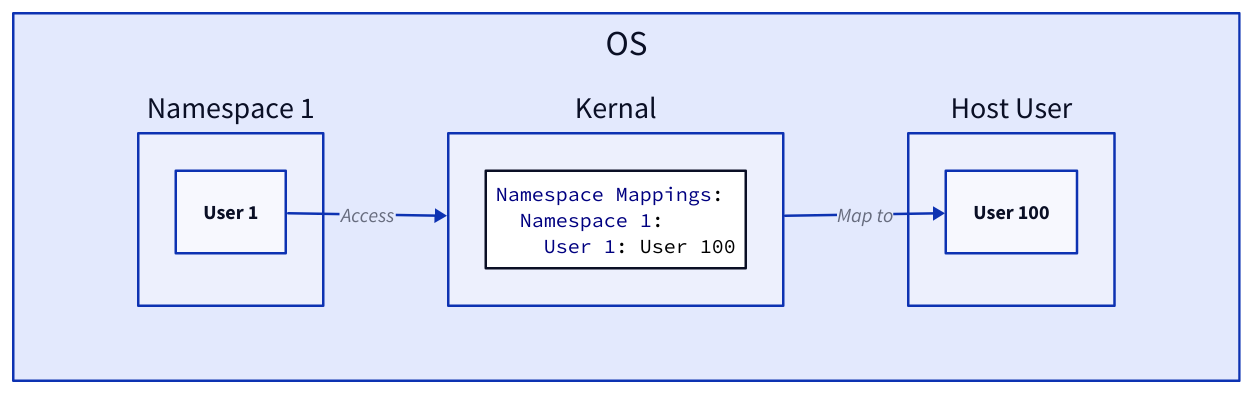
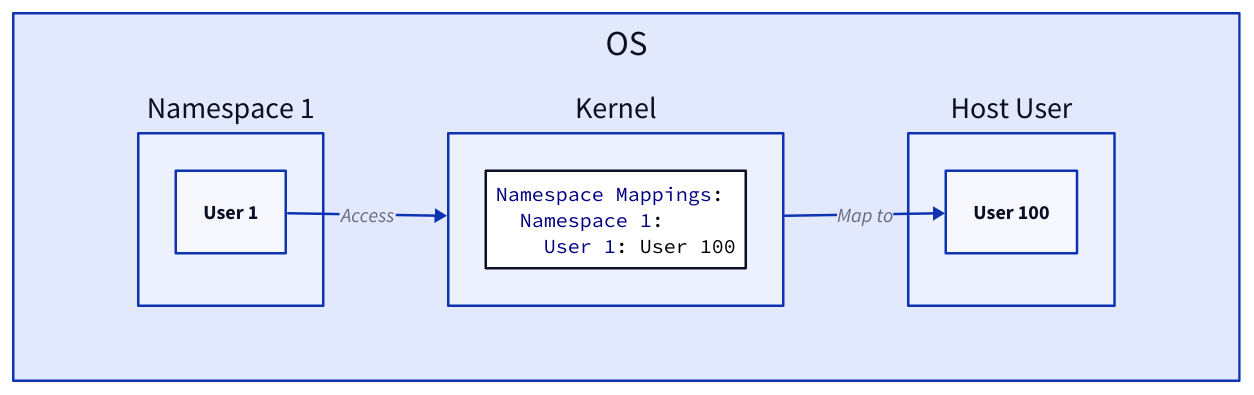
One commit to link1905/system-design-101 changed the sixth of 26 diagrams in content/docs/system-administration/system-deployment/containerization.md. Above: the diagram before and after it, drawn with D2. The commit also changed other lines of this file and 49 other files, not shown here.

````diff
--- a/content/docs/system-administration/system-deployment/containerization.md
+++ b/content/docs/system-administration/system-deployment/containerization.md
@@ -219,25 +219,25 @@
 ```d2
 OS {
   grid-rows: 1
   horizontal-gap: 100
   c: Namespace 1 {
     u1: User 1 {
         class: client
     }
   }
-  k: Kernal {
+  k: Kernel {
     c: |||yaml
     Namespace Mappings:
       Namespace 1:
         User 1: User 100
     |||
   }
   r: Host User {
     u1: User 100 {
         class: client
     }
   }
   c.u1 -> k: Access
   k -> r.u1: Map to
 }
 ```
````
